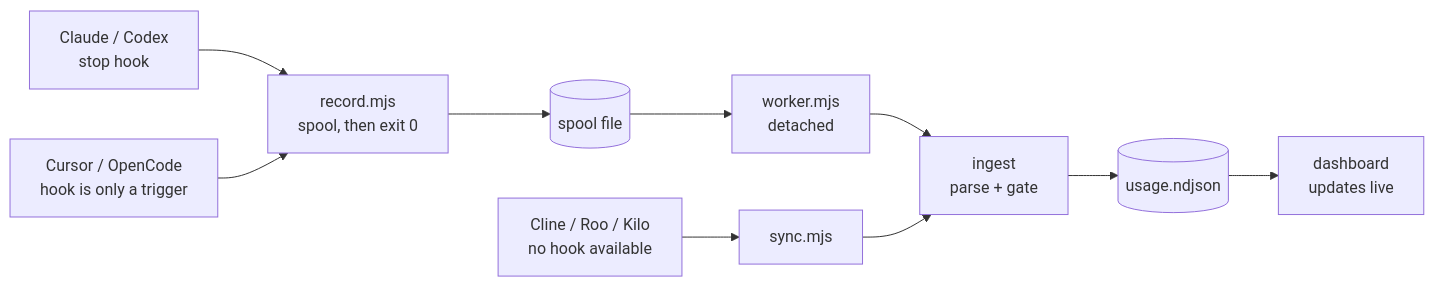
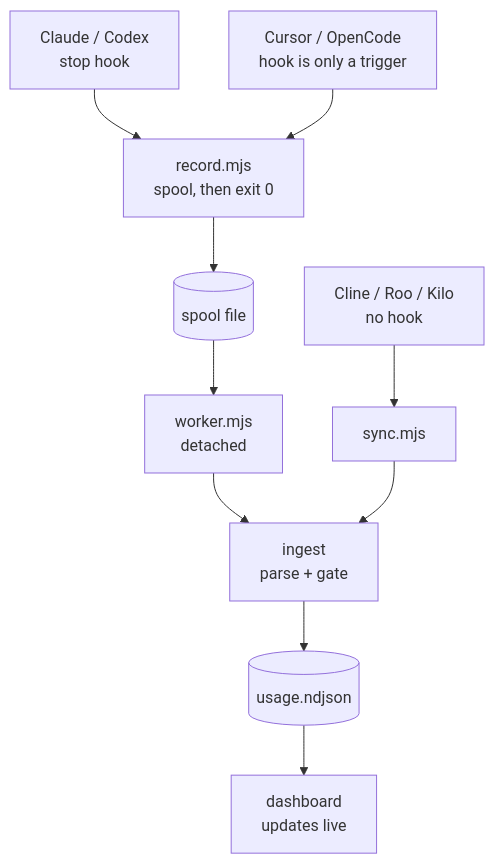
One commit to Kud0o/ai-usage-inspector changed the first of 4 diagrams in README.md. Above: the diagram before and after it, drawn with Mermaid. The commit also changed other lines of this file, not shown here.

Commit message:
Orient the README diagrams so GitHub renders them legibly
GitHub fits a Mermaid diagram to the README column and scales it down if it is
wider, which silently shrinks the text. Measured against the live column width of
838px, the two left-to-right diagrams came out at 1442px and 1125px intrinsic —
scaled to 0.58 and 0.74, so their labels rendered at roughly 8px and 10px.

Both are now top-down: 497px and 346px intrinsic, no downscaling, labels at full
size. The hook diagram keeps its longer descriptive labels as a result, rather
than being shortened to fit.

Measured with Mermaid 11 at the real column width before and after.

````diff
--- a/README.md
+++ b/README.md
@@ -31,12 +31,12 @@
 ```mermaid
-flowchart LR
-  A["Claude / Codex<br/>stop hook"] --> R
+flowchart TD
+  A["Claude / Codex<br/>stop hook"] --> R["record.mjs<br/>spool, then exit 0"]
   B["Cursor / OpenCode<br/>hook is only a trigger"] --> R
-  R["record.mjs<br/>spool, then exit 0"] --> S[("spool file")]
+  R --> S[("spool file")]
   S --> W["worker.mjs<br/>detached"]
   W --> I["ingest<br/>parse + gate"]
-  V["Cline / Roo / Kilo<br/>no hook available"] --> Y["sync.mjs"]
+  V["Cline / Roo / Kilo<br/>no hook"] --> Y["sync.mjs"]
   Y --> I
   I --> D[("usage.ndjson")]
   D --> P["dashboard<br/>updates live"]
 ```
````
